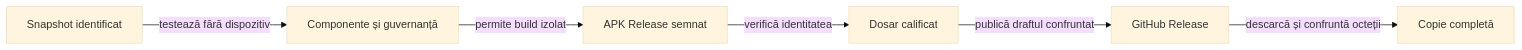
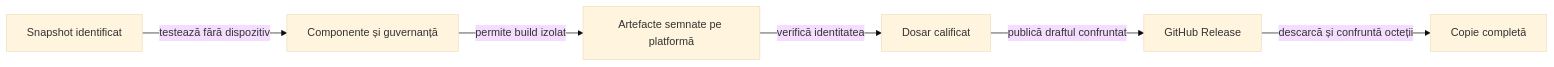
The diagram in docs/rentz/ATF_Release.md (crististefanita/atf_j5), drawn with Mermaid (base theme) before and after one commit. The commit also changed other lines of this file and 27 other files, not shown here.

````diff
--- a/docs/rentz/ATF_Release.md
+++ b/docs/rentz/ATF_Release.md
@@ -17,8 +45,8 @@
 ```mermaid
 flowchart LR
     SOURCE[Snapshot identificat] -->|testează fără dispozitiv| CHECK[Componente și guvernanță]
-    CHECK -->|permite build izolat| APK[APK Release semnat]
-    APK -->|verifică identitatea| READY[Dosar calificat]
+    CHECK -->|permite build izolat| ARTIFACT[Artefacte semnate pe platformă]
+    ARTIFACT -->|verifică identitatea| READY[Dosar calificat]
     READY -->|publică draftul confruntat| RELEASE[GitHub Release]
     RELEASE -->|descarcă și confruntă octeții| FILE[Copie completă]
 ```
````
